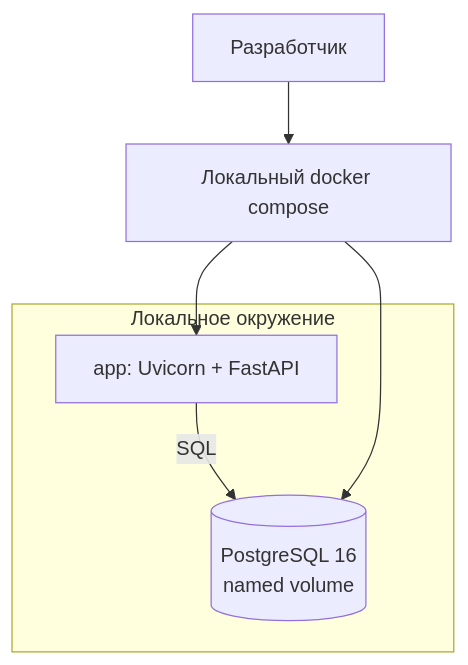
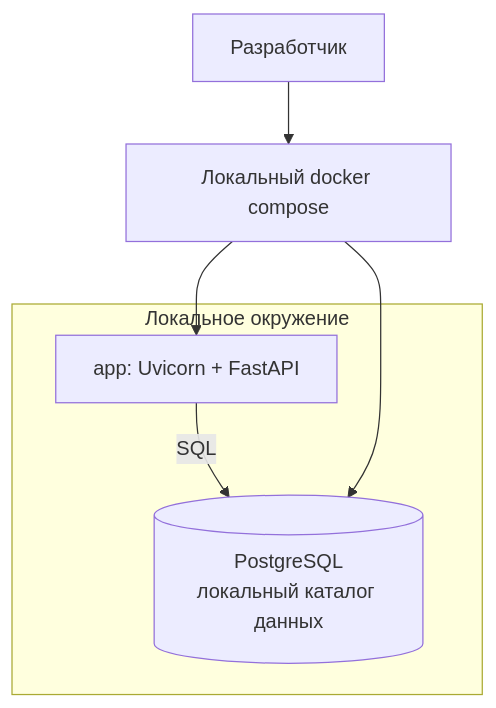
Before and after one commit to ab-budaev/divemap: the first of 3 diagrams in openspec/changes/backend-bootstrap/design.md, drawn with Mermaid. The commit also changed other lines of this file and 46 other files, not shown here.

````diff
--- a/openspec/changes/backend-bootstrap/design.md
+++ b/openspec/changes/backend-bootstrap/design.md
@@ -34,11 +47,11 @@
 ```mermaid
 graph TD
     D[Разработчик] --> L[Локальный docker compose]
     subgraph "Локальное окружение"
         A[app: Uvicorn + FastAPI]
-        P[(PostgreSQL 16<br/>named volume)]
+        P[(PostgreSQL<br/>локальный каталог данных)]
         A -->|SQL| P
     end
     L --> A
     L --> P
 ```
````
